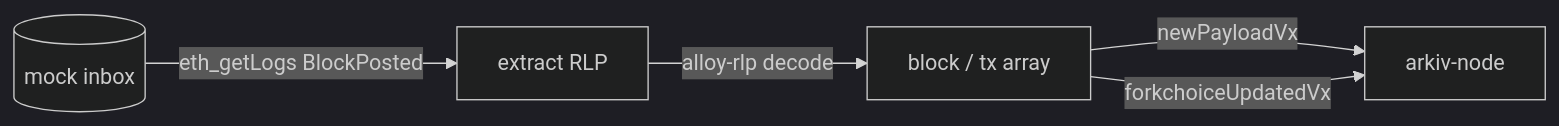
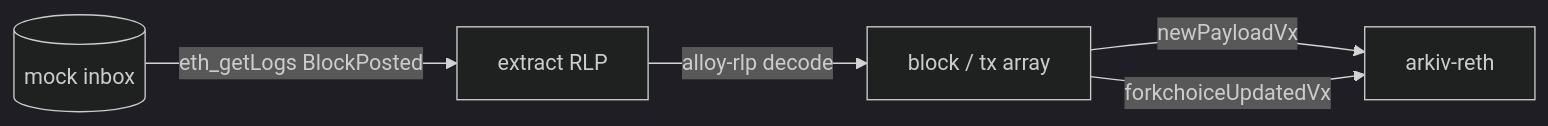
Before and after one commit to Arkiv-Network/arkiv: the fourth of 7 diagrams in docs/september-action-plan.md, drawn with Mermaid (dark theme). The commit also changed other lines of this file, not shown here.

Commit message:
docs: rename arkiv-node to arkiv-reth in the September action plan (#54)

````diff
--- a/docs/september-action-plan.md
+++ b/docs/september-action-plan.md
@@ -176,7 +176,7 @@
 ```mermaid
 graph LR
   IN[("mock inbox")] -->|eth_getLogs BlockPosted| EX["extract RLP"]
   EX -->|alloy-rlp decode| BLK["block / tx array"]
-  BLK -->|newPayloadVx| EL["arkiv-node"]
+  BLK -->|newPayloadVx| EL["arkiv-reth"]
   BLK -->|forkchoiceUpdatedVx| EL
 ```
````
